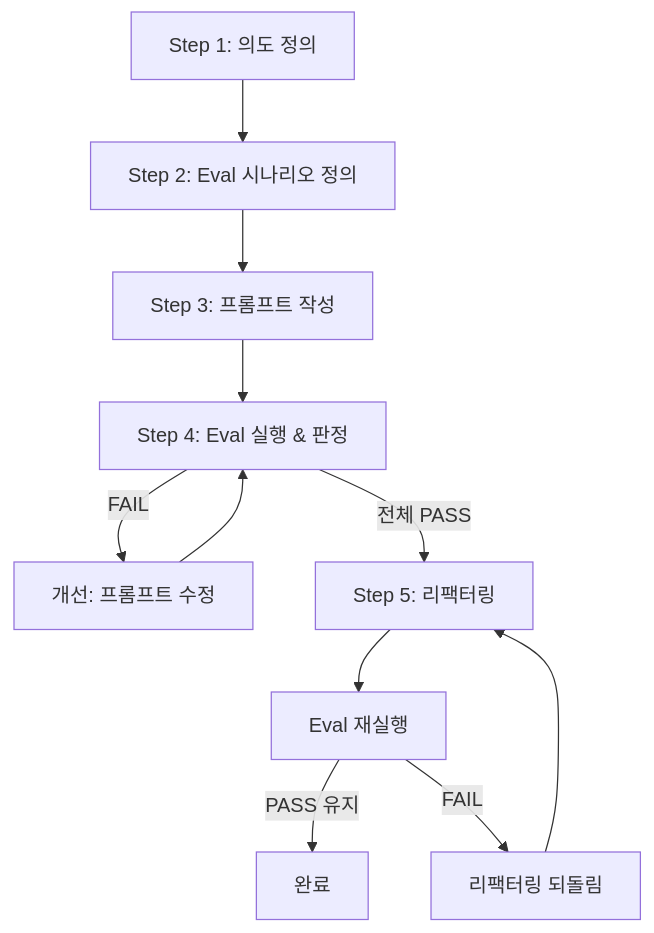
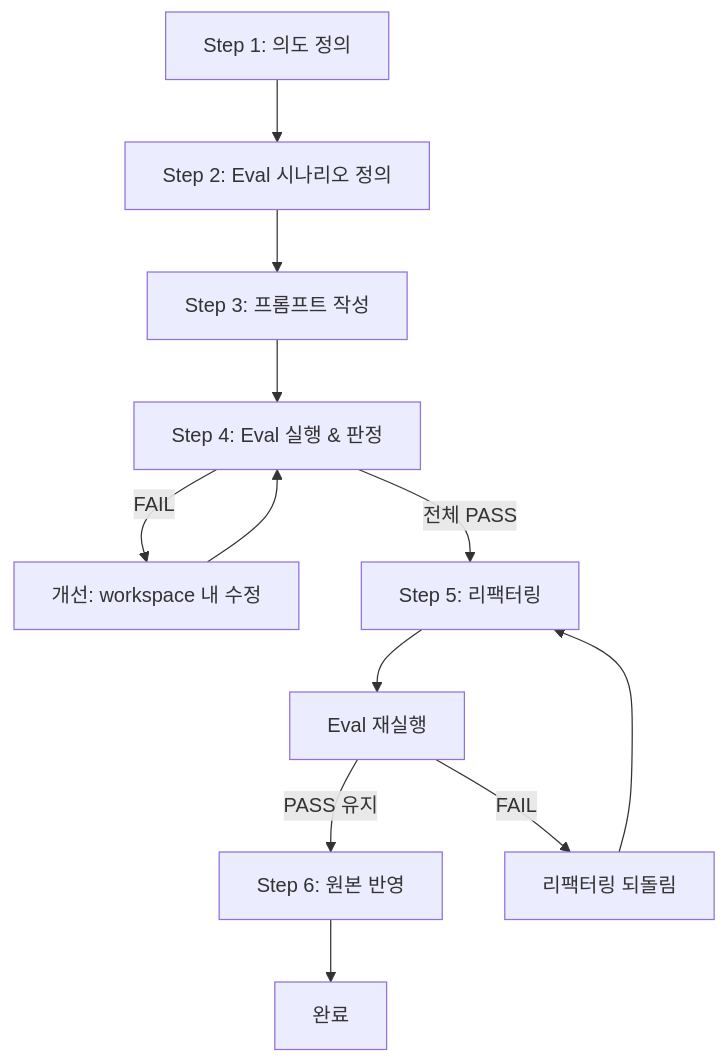
Before and after one commit to kslhunter/simplysm: the diagram in .claude/skills/sd-prompt/SKILL.md, drawn with Mermaid. The commit also changed other lines of this file and 29 other files, not shown here.

````diff
--- a/.claude/skills/sd-prompt/SKILL.md
+++ b/.claude/skills/sd-prompt/SKILL.md
@@ -20,13 +20,14 @@
 ```mermaid
 flowchart TD
     A[Step 1: 의도 정의] --> B[Step 2: Eval 시나리오 정의]
     B --> C[Step 3: 프롬프트 작성]
     C --> D[Step 4: Eval 실행 & 판정]
-    D -->|FAIL| E[개선: 프롬프트 수정]
+    D -->|FAIL| E[개선: workspace 내 수정]
     E --> D
     D -->|전체 PASS| F[Step 5: 리팩터링]
     F --> G[Eval 재실행]
-    G -->|PASS 유지| H[완료]
+    G -->|PASS 유지| H[Step 6: 원본 반영]
     G -->|FAIL| I[리팩터링 되돌림]
     I --> F
+    H --> J[완료]
 ```
````
